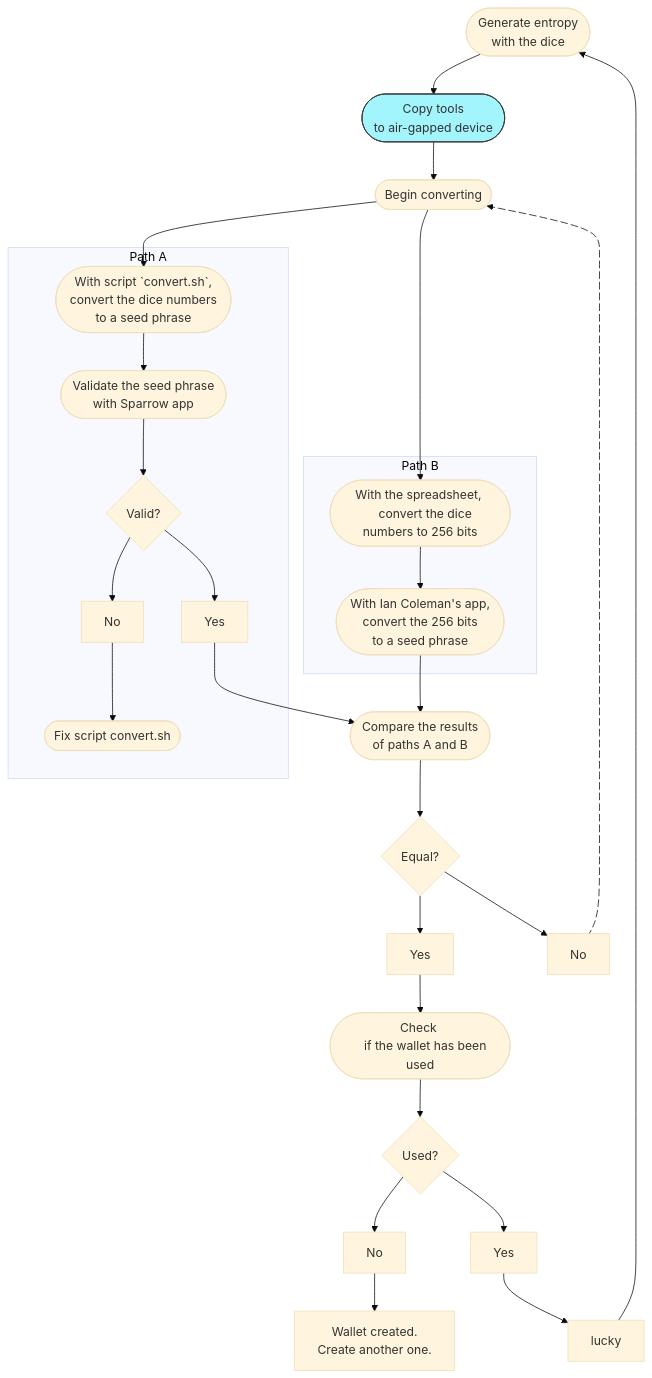
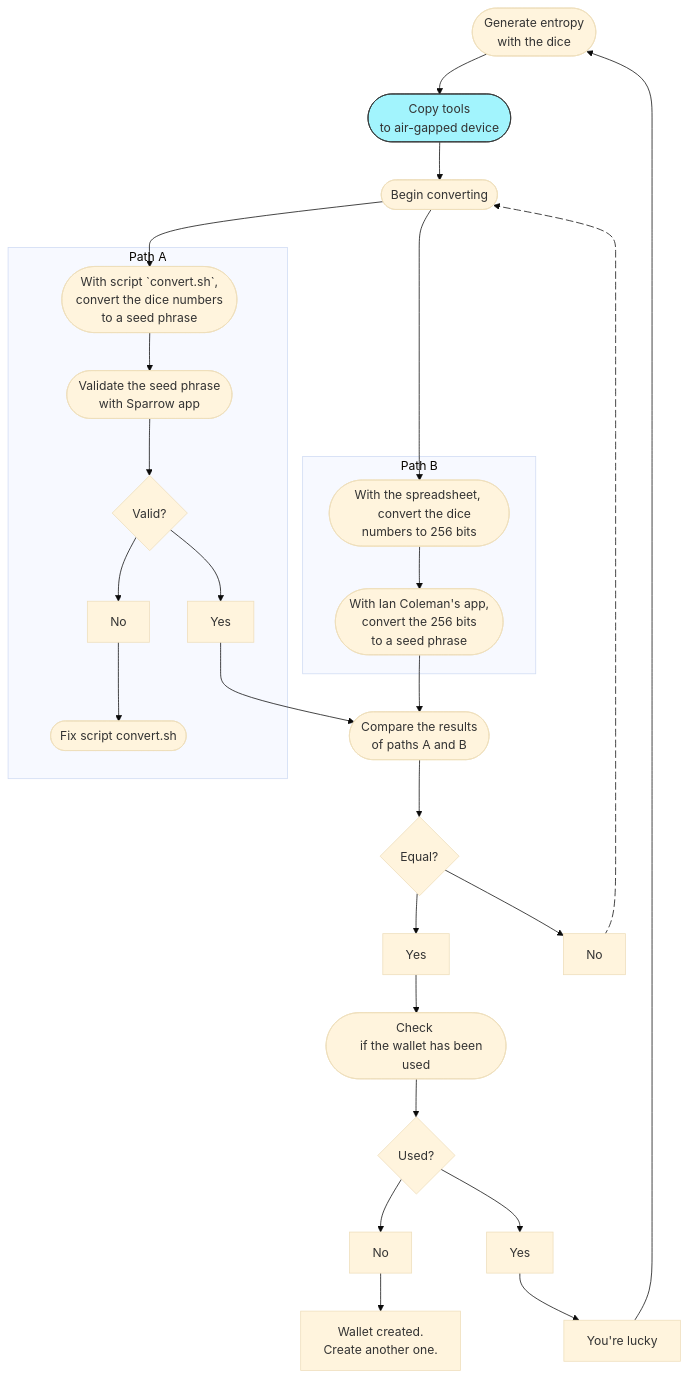
The diagram in bitcoin/_process20.md (cardinal-II/learn-processes-with-schemes), drawn with Mermaid (base theme) before and after one commit.

Commit message:
Cleaned the code.

````diff
--- a/bitcoin/_process20.md
+++ b/bitcoin/_process20.md
@@ -3,52 +3,53 @@
 ```mermaid
 flowchart TD
     entropy --> copy_tools_to_airgapped --> begin_converting --> convert_numbers_a & convert_numbers_b;
     subgraph Path A
         convert_numbers_a --> validate_seed --> valid1 --> yes1 & no1;
         no1 --> fix_script;
         end
     subgraph Path B
         convert_numbers_b --> ian_coleman;
         end
     yes1 & ian_coleman --> compare_paths --> equal --> yes2 & no2;
     no2 e1@--> begin_converting;
     yes2 --> check_used --> used --> no3 & yes3;
     yes3 --> lucky e1@--> entropy;
     no3 --> wallet_created;
     
 entropy(["Generate entropy 
     with the dice"]);
 copy_tools_to_airgapped(["Copy tools 
     to air-gapped device"]);
 begin_converting([Begin converting]);
 convert_numbers_a(["With script `convert.sh`,
     convert the dice numbers 
     to a seed phrase"]);
 validate_seed(["Validate the seed phrase
     with Sparrow app"])
 valid1{Valid?}
 yes1[Yes]
 no1[No]
 fix_script([Fix script convert.sh])
 convert_numbers_b(["With the spreadsheet, 
     convert the dice numbers to 256 bits"])
 ian_coleman(["With Ian Coleman's app, 
     convert the 256 bits 
     to a seed phrase"])
 compare_paths(["Compare the results 
     of paths A and B"])
 equal{Equal?};
 yes2[Yes]
 no2[No];
 e1@{ animation: fast };
 check_used(["Check 
     if the wallet has been used"])
 
 used{Used?}
 yes3[Yes]
+lucky[You're lucky]
 no3[No]
 wallet_created["Wallet created. 
     Create another one."]
 
 style copy_tools_to_airgapped fill:#A2F4FD, stroke:#333;
 ```
````
